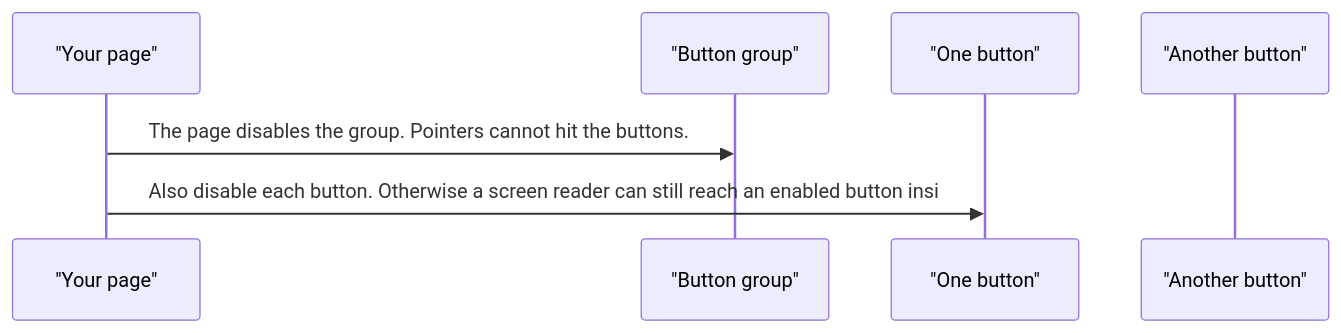
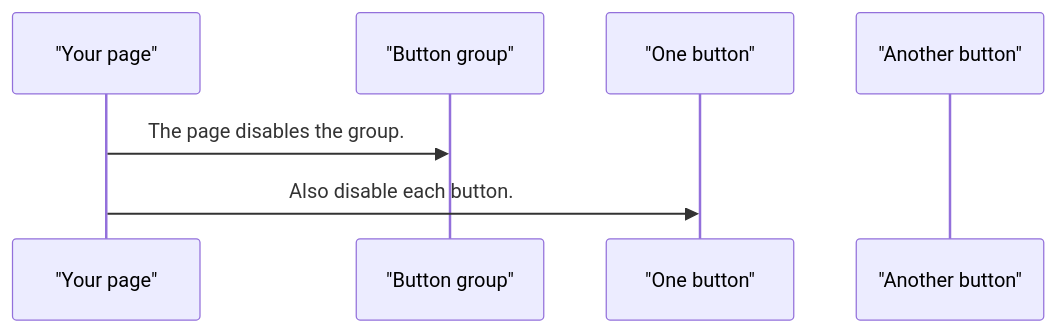
Before and after one commit to RajshekharBorate/pixel-ui: the third of 3 diagrams in projects/pixel-ui/src/lib/pixel-button-group/DESIGN.md, drawn with Mermaid. The commit also changed other lines of this file and 80 other files, not shown here.

Commit message:
Fill missing design flows and correct the stories that did not match component behavior.

````diff
--- a/projects/pixel-ui/src/lib/pixel-button-group/DESIGN.md
+++ b/projects/pixel-ui/src/lib/pixel-button-group/DESIGN.md
@@ -60,9 +60,9 @@
 ```mermaid
 sequenceDiagram
   participant page as "Your page"
   participant group as "Button group"
   participant one as "One button"
   participant two as "Another button"
-  page->>group: The page disables the group. Pointers cannot hit the buttons.
-  page->>one: Also disable each button. Otherwise a screen reader can still reach an enabled button insi
+  page->>group: The page disables the group.
+  page->>one: Also disable each button.
 ```
````
